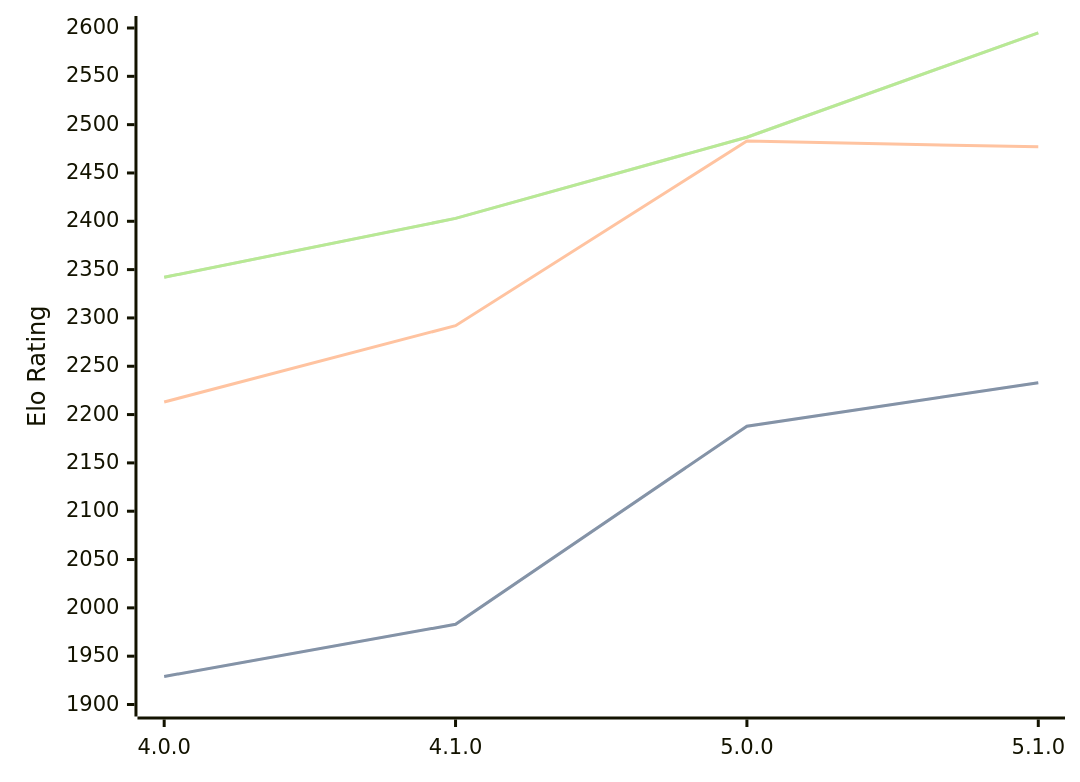
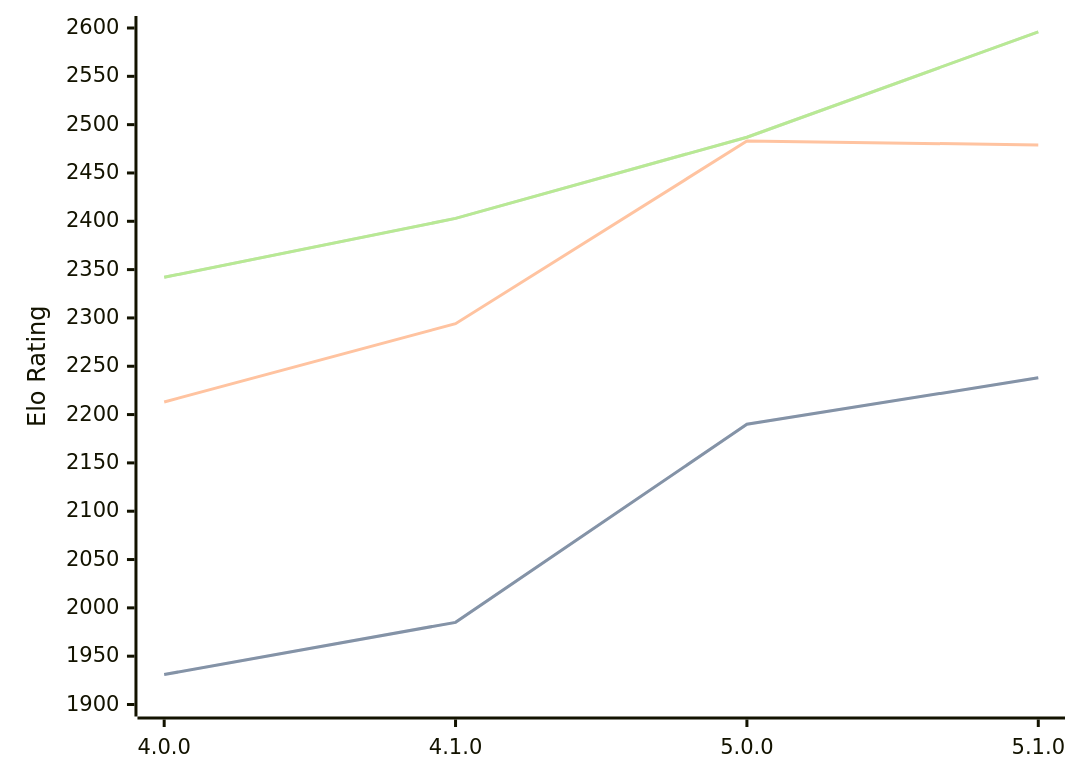
One commit to computer-chess-index/cci changed the diagram in engines/Aconcagua.md. Above: the diagram before and after it, drawn with Mermaid. The commit also changed other lines of this file, not shown here.

Commit message:
Update CCI Ratings (ELO VLTC) - 2026-04-13

````diff
--- a/engines/Aconcagua.md
+++ b/engines/Aconcagua.md
@@ -43,11 +43,11 @@
 ```mermaid
 %%{init: {"theme":"base","themeVariables":{"seriesColors:['#a3a3a3','#222221','#faa371']}}}%%
 xychart-beta
   x-axis ["4.0.0", "4.1.0", "5.0.0", "5.1.0"]
   y-axis "Elo Rating" 1900 --> 2600
-  line "STC (8.0+0.08s)" [1929, 1983, 2188, 2233]
-  line "STC (8.0+0.08s)" [1929, 1983, 2188, 2233]
-  line "LTC (60.0+0.60s)" [2213, 2292, 2483, 2477]
-  line "VLTC (2m24s+1.12s)" [2342, 2403, 2487, 2595]
-  line "VLTC (2m24s+1.12s)" [2342, 2403, 2487, 2595]
+  line "STC (8.0+0.08s)" [1931, 1985, 2190, 2238]
+  line "STC (8.0+0.08s)" [1931, 1985, 2190, 2238]
+  line "LTC (60.0+0.60s)" [2213, 2294, 2483, 2479]
+  line "VLTC (2m24s+1.12s)" [2342, 2403, 2487, 2596]
+  line "VLTC (2m24s+1.12s)" [2342, 2403, 2487, 2596]
 ```
````
